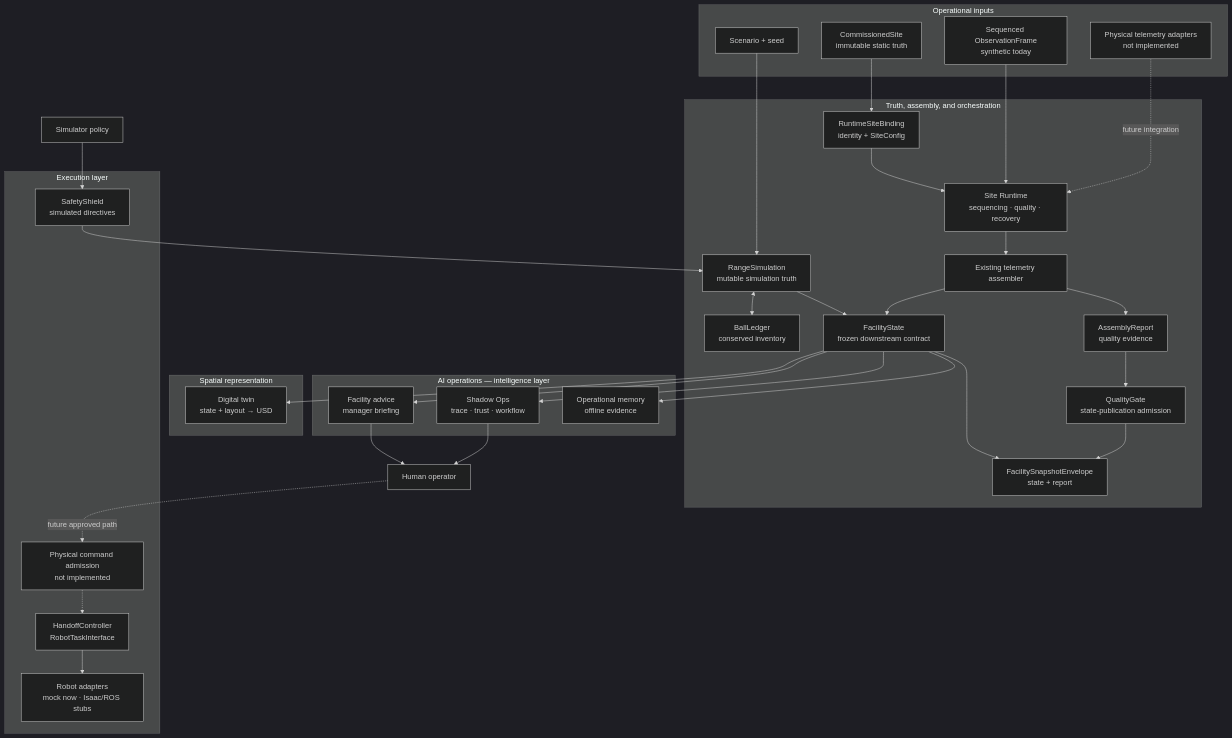
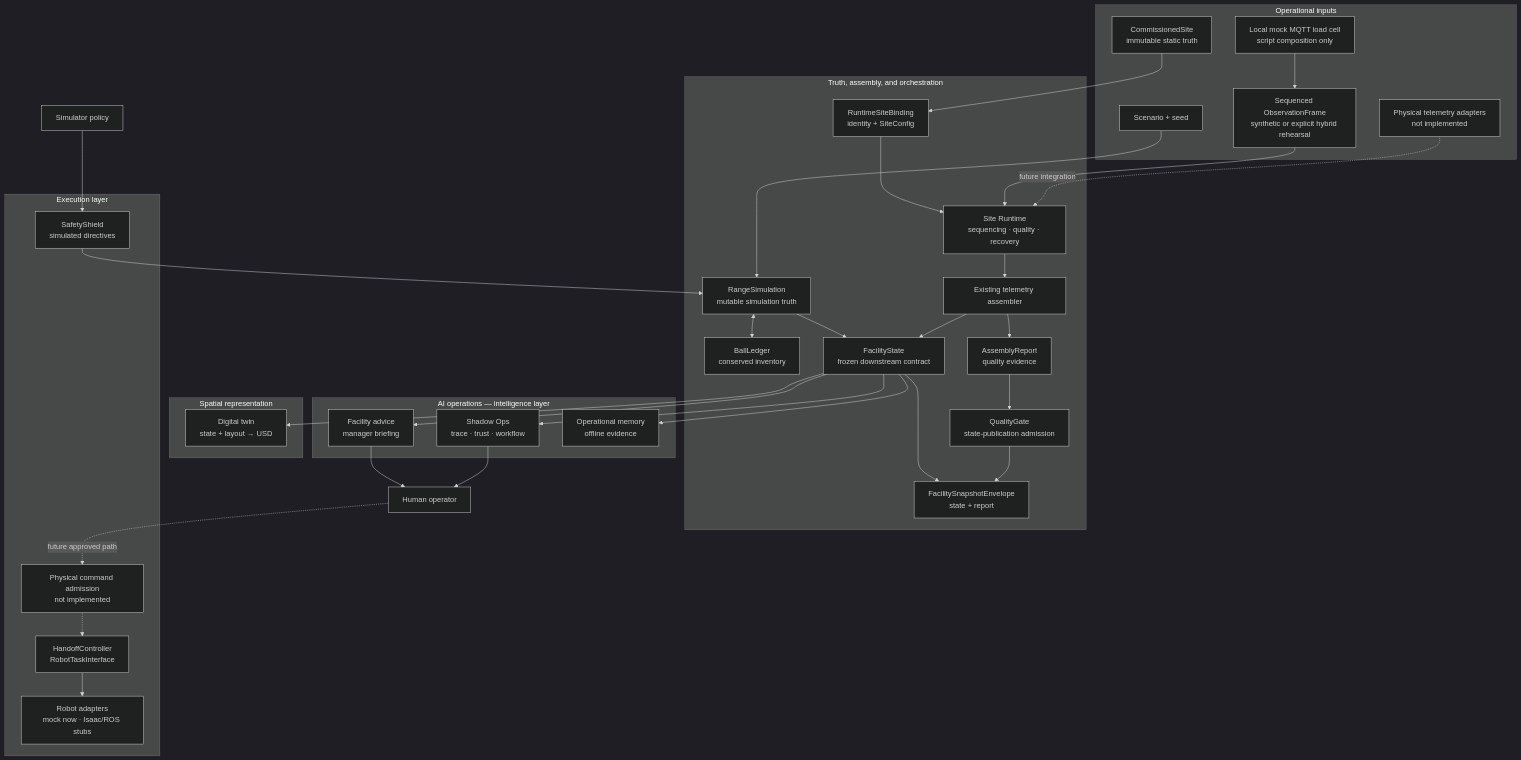
One commit to matthewong1210/nxtektal-systems changed the diagram in docs/ARCHITECTURE.md. Above: the diagram before and after it, drawn with Mermaid (dark theme). The commit also changed other lines of this file and 32 other files, not shown here.

````diff
--- a/docs/ARCHITECTURE.md
+++ b/docs/ARCHITECTURE.md
@@ -23,59 +23,61 @@
 ```mermaid
 flowchart TB
     subgraph Inputs["Operational inputs"]
       Scenario["Scenario + seed"]
-      Observations["Sequenced ObservationFrame\nsynthetic today"]
+      Observations["Sequenced ObservationFrame\nsynthetic or explicit hybrid rehearsal"]
+      LocalMQTT["Local mock MQTT load cell\nscript composition only"]
       Physical["Physical telemetry adapters\nnot implemented"]
       Static["CommissionedSite\nimmutable static truth"]
     end
 
     subgraph Runtime["Truth, assembly, and orchestration"]
       Sim["RangeSimulation\nmutable simulation truth"]
       Ledger["BallLedger\nconserved inventory"]
       Binding["RuntimeSiteBinding\nidentity + SiteConfig"]
       SiteRuntime["Site Runtime\nsequencing · quality · recovery"]
       Assemble["Existing telemetry assembler"]
       State["FacilityState\nfrozen downstream contract"]
       Quality["AssemblyReport\nquality evidence"]
       Gate["QualityGate\nstate-publication admission"]
       Envelope["FacilitySnapshotEnvelope\nstate + report"]
     end
 
     subgraph Intelligence["AI operations — intelligence layer"]
       Advice["Facility advice\nmanager briefing"]
       Shadow["Shadow Ops\ntrace · trust · workflow"]
       Memory["Operational memory\noffline evidence"]
     end
 
     subgraph Representation["Spatial representation"]
       Twin["Digital twin\nstate + layout → USD"]
     end
 
     subgraph Execution["Execution layer"]
       Shield["SafetyShield\nsimulated directives"]
       Admission["Physical command admission\nnot implemented"]
       Controller["HandoffController\nRobotTaskInterface"]
       Robot["Robot adapters\nmock now · Isaac/ROS stubs"]
     end
 
     Scenario --> Sim
     Sim <--> Ledger
     Sim --> State
     Static --> Binding --> SiteRuntime
+    LocalMQTT --> Observations
     Observations --> SiteRuntime
     Physical -. "future integration" .-> SiteRuntime
     SiteRuntime --> Assemble
     Assemble --> State
     Assemble --> Quality
     State --> Envelope
     Quality --> Gate --> Envelope
     State --> Advice
     State --> Shadow
     State --> Memory
     State --> Twin
     Advice --> Operator["Human operator"]
     Shadow --> Operator
     Policy["Simulator policy"] --> Shield --> Sim
     Controller --> Robot
     Operator -. "future approved path" .-> Admission -.-> Controller
 ```
````
